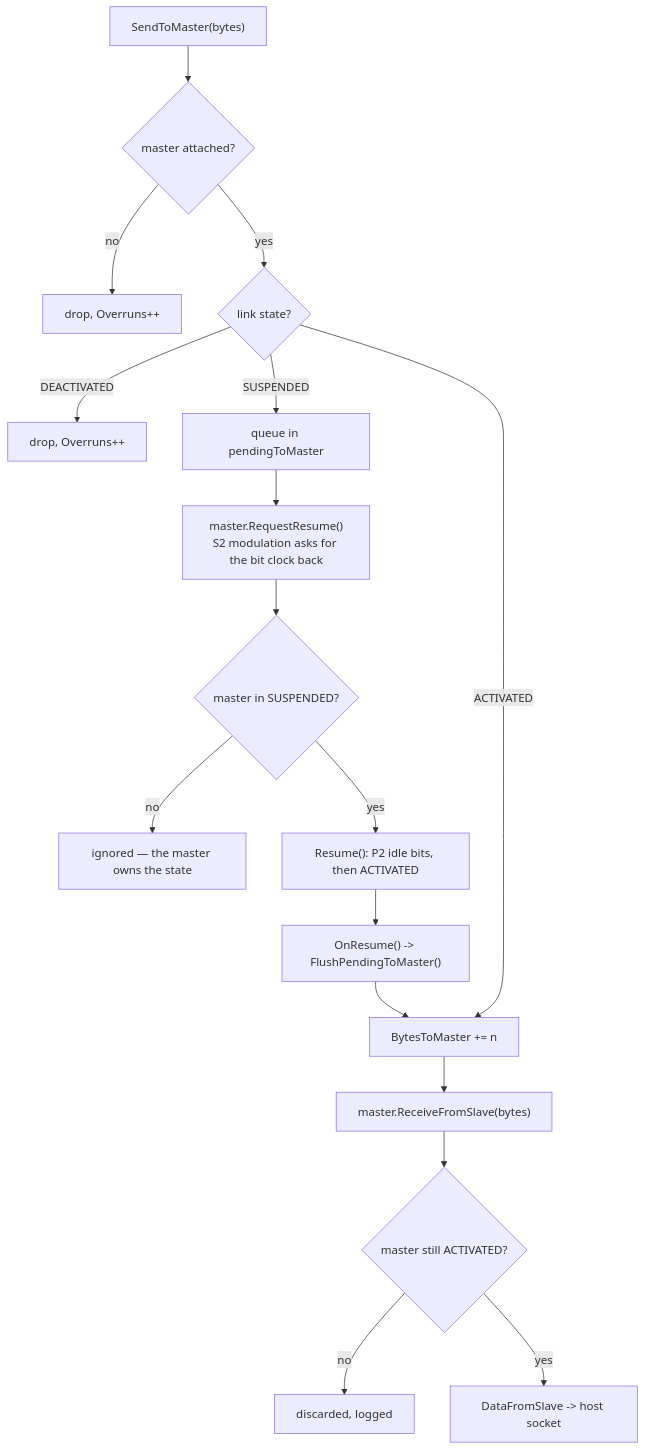
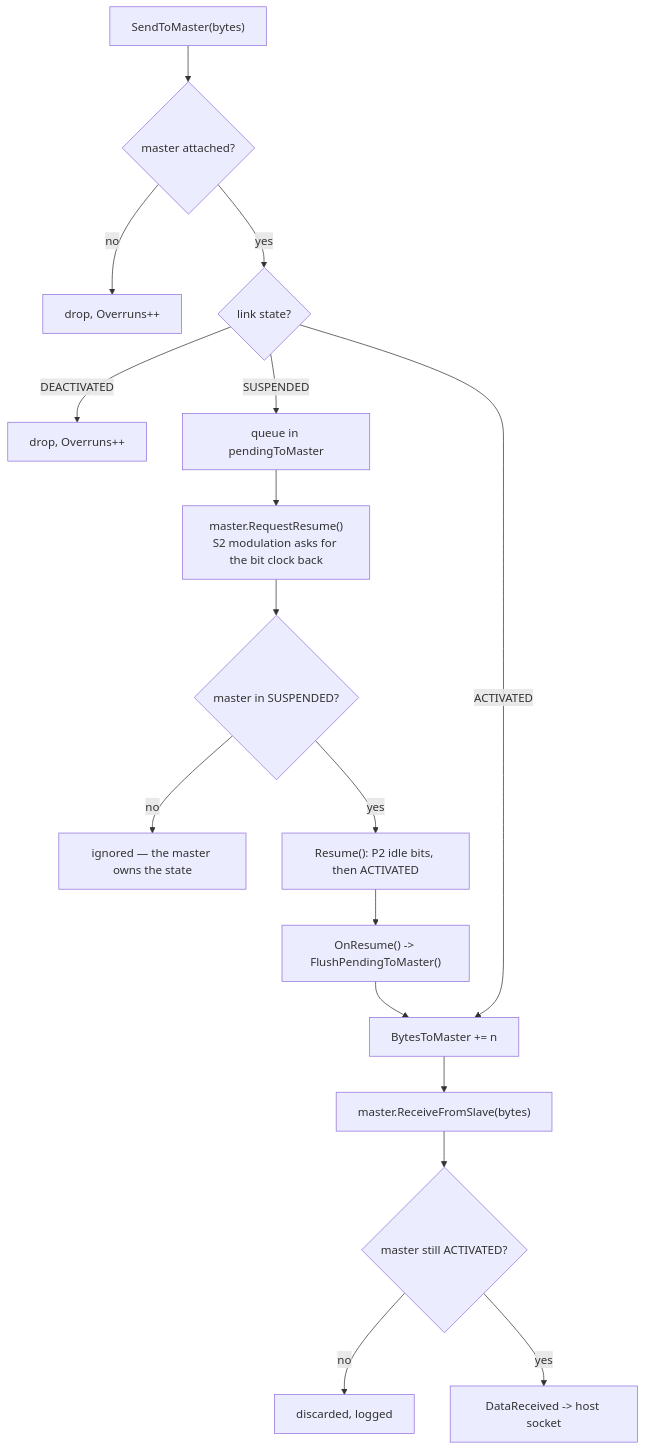
The ninth of 9 diagrams in README.md (boulisshugo/SWP-renode-master-slave-TCP), drawn with Mermaid before and after one commit. The commit also changed other lines of this file and 7 other files, not shown here.

````diff
--- a/README.md
+++ b/README.md
@@ -387,22 +390,22 @@
 ```mermaid
 flowchart TD
     A["SendToMaster(bytes)"] --> B{master attached?}
     B -->|no| C["drop, Overruns++"]
     B -->|yes| D{link state?}
 
     D -->|DEACTIVATED| E["drop, Overruns++"]
 
     D -->|SUSPENDED| F["queue in pendingToMaster"]
     F --> G["master.RequestResume()<br/>S2 modulation asks for the bit clock back"]
     G --> H{master in SUSPENDED?}
     H -->|no| I["ignored — the master owns the state"]
     H -->|yes| J["Resume(): P2 idle bits, then ACTIVATED"]
     J --> K["OnResume() -> FlushPendingToMaster()"]
 
     D -->|ACTIVATED| L["BytesToMaster += n"]
     K --> L
     L --> M["master.ReceiveFromSlave(bytes)"]
     M --> N{master still ACTIVATED?}
     N -->|no| O["discarded, logged"]
-    N -->|yes| P["DataFromSlave -> host socket"]
+    N -->|yes| P["DataReceived -> host socket"]
 ```
````
